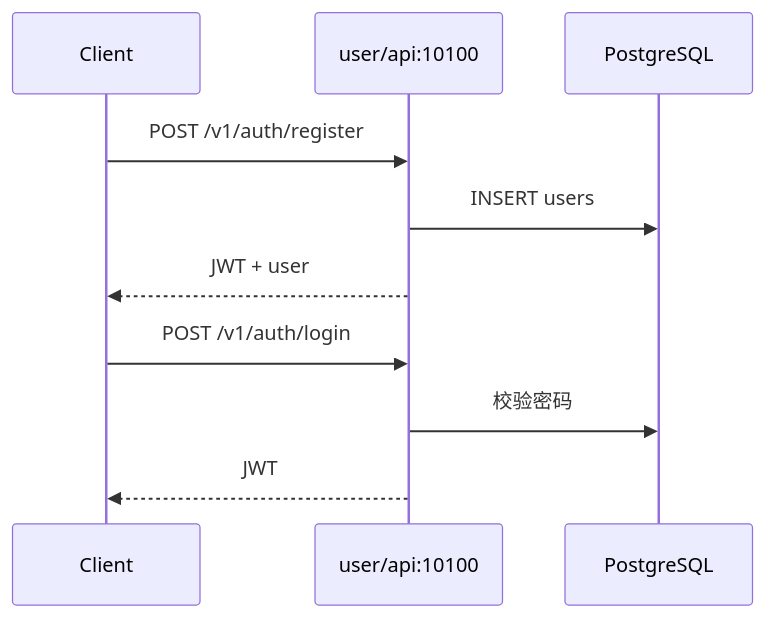
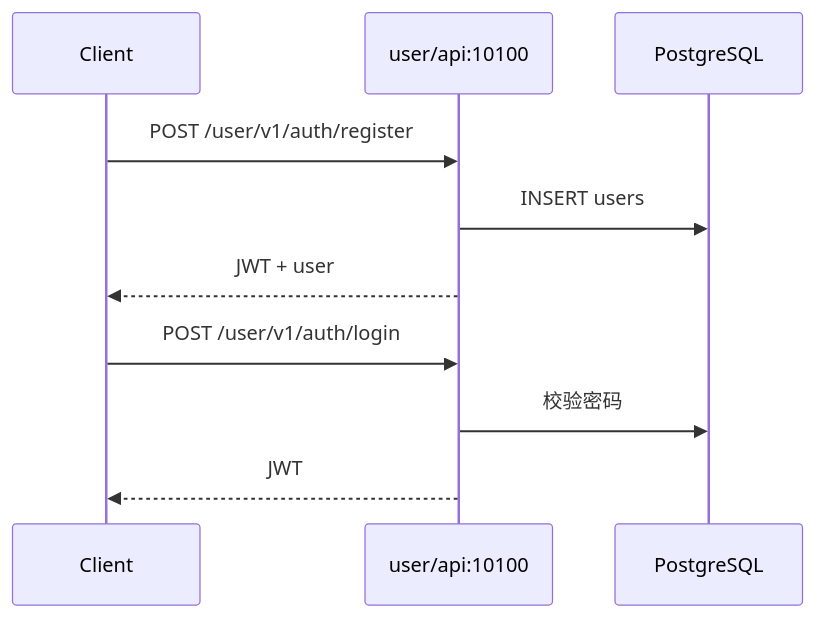
One commit to AlbertChenshiqi/im changed the second of 6 diagrams in README.md. Above: the diagram before and after it, drawn with Mermaid. The commit also changed other lines of this file and 273 other files, not shown here.

````diff
--- a/README.md
+++ b/README.md
@@ -141,14 +141,14 @@
 ```mermaid
 sequenceDiagram
   participant C as Client
   participant UAPI as user/api:10100
   participant PG as PostgreSQL
 
-  C->>UAPI: POST /v1/auth/register
+  C->>UAPI: POST /user/v1/auth/register
   UAPI->>PG: INSERT users
   UAPI-->>C: JWT + user
 
-  C->>UAPI: POST /v1/auth/login
+  C->>UAPI: POST /user/v1/auth/login
   UAPI->>PG: 校验密码
   UAPI-->>C: JWT
 ```
````
